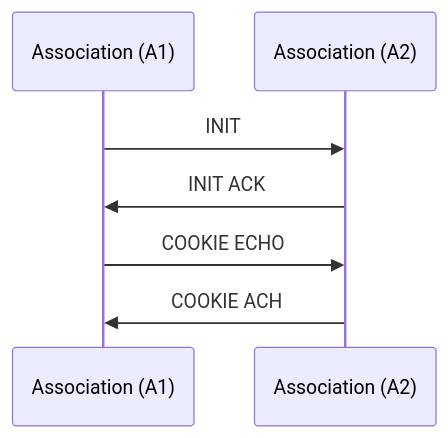
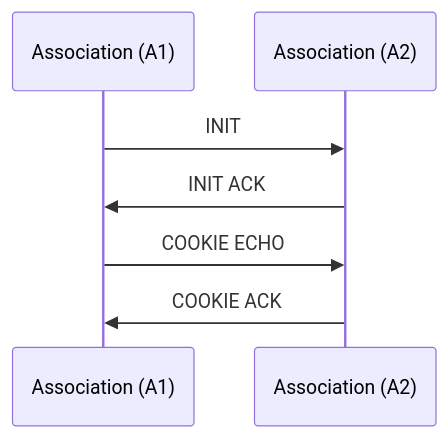
The diagram in content/docs/07-data-communication.md (webrtc-for-the-curious/webrtc-for-the-curious), drawn with Mermaid before and after one commit. The commit also changed other lines of this file, not shown here.

```diff
--- a/content/docs/07-data-communication.md
+++ b/content/docs/07-data-communication.md
@@ -421,13 +419,13 @@
 {{<mermaid>}}
 sequenceDiagram
     participant A1 as Association (A1)
     participant A2 as Association (A2)
 
     A1->>A2: INIT
 
     A2->>A1: INIT ACK
 
     A1->>A2: COOKIE ECHO
 
-    A2->>A1: COOKIE ACH
+    A2->>A1: COOKIE ACK
 {{</mermaid>}}
```
